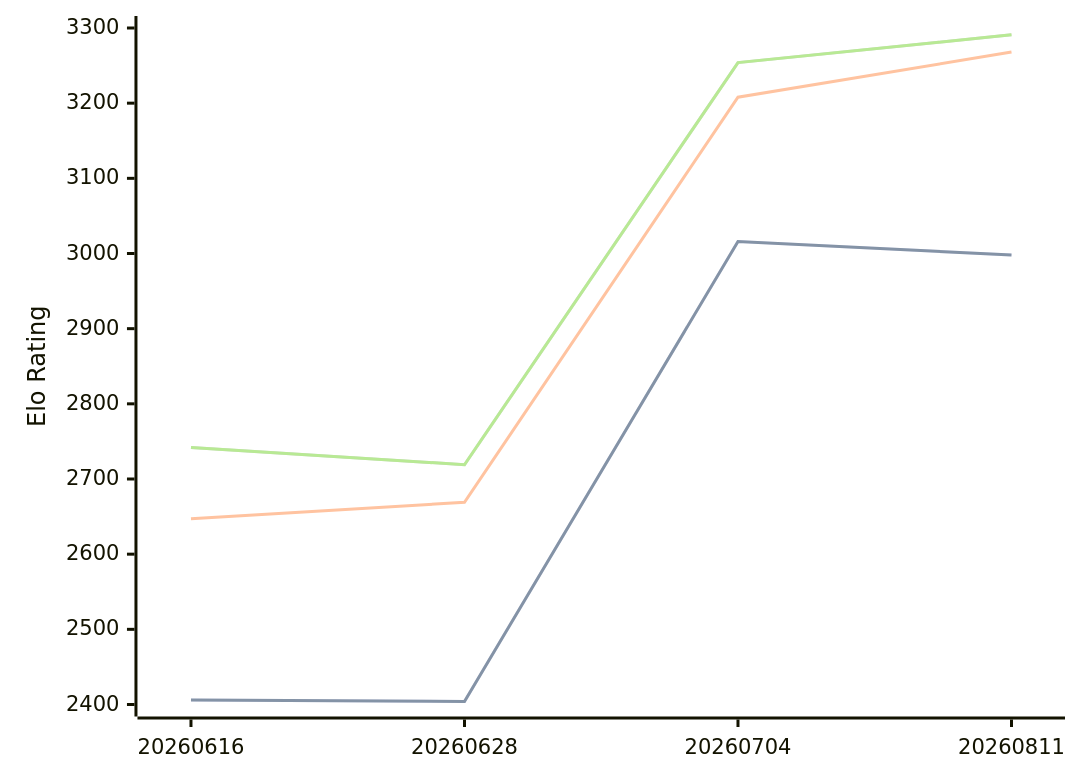
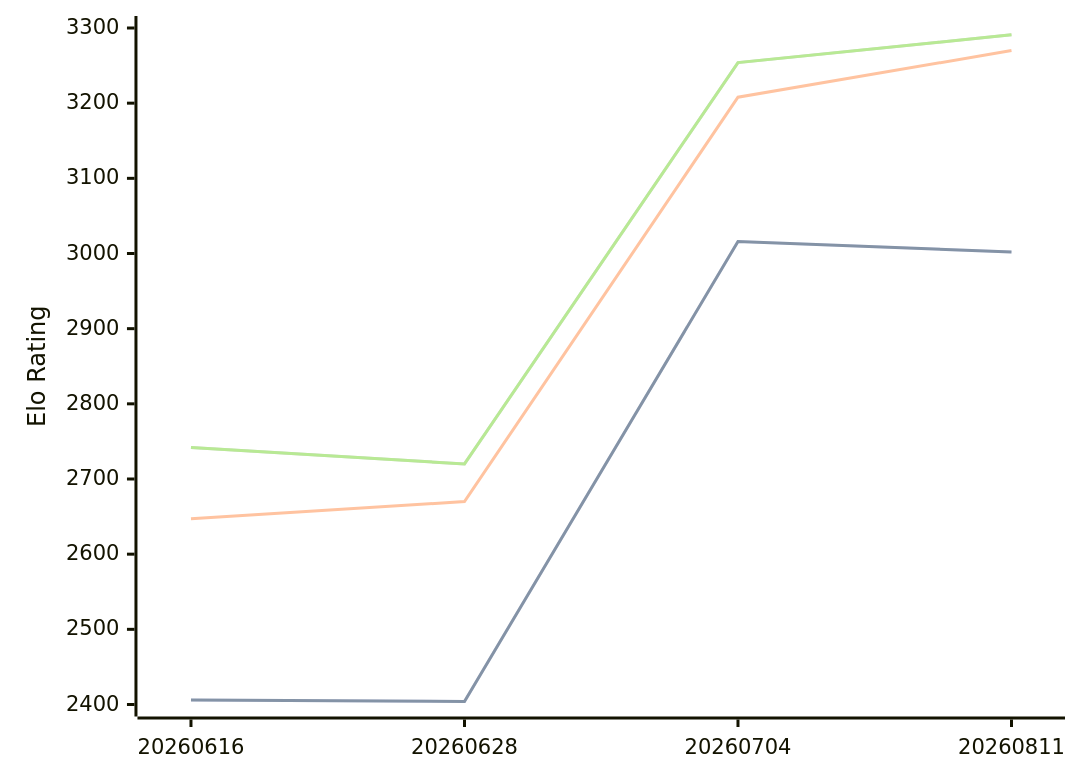
Before and after one commit to computer-chess-index/cci: the diagram in engines/Askaig.md, drawn with Mermaid. The commit also changed other lines of this file, not shown here.

Commit message:
Update CCI Ratings (ELO VLTC) - 2026-08-27

````diff
--- a/engines/Askaig.md
+++ b/engines/Askaig.md
@@ -36,11 +36,11 @@
 ```mermaid
 %%{init: {"theme":"base","themeVariables":{"seriesColors:['#a3a3a3','#222221','#faa371']}}}%%
 xychart-beta
   x-axis ["20260616", "20260628", "20260704", "20260811"]
   y-axis "Elo Rating" 2400 --> 3300
-  line "STC (8.0+0.08s)" [2406, 2404, 3016, 2998]
-  line "STC (8.0+0.08s)" [2406, 2404, 3016, 2998]
-  line "LTC (60.0+0.60s)" [2647, 2669, 3208, 3268]
-  line "VLTC (2m24s+1.12s)" [2742, 2719, 3254, 3291]
-  line "VLTC (2m24s+1.12s)" [2742, 2719, 3254, 3291]
+  line "STC (8.0+0.08s)" [2406, 2404, 3016, 3002]
+  line "STC (8.0+0.08s)" [2406, 2404, 3016, 3002]
+  line "LTC (60.0+0.60s)" [2647, 2670, 3208, 3270]
+  line "VLTC (2m24s+1.12s)" [2742, 2720, 3254, 3291]
+  line "VLTC (2m24s+1.12s)" [2742, 2720, 3254, 3291]
 ```
````
